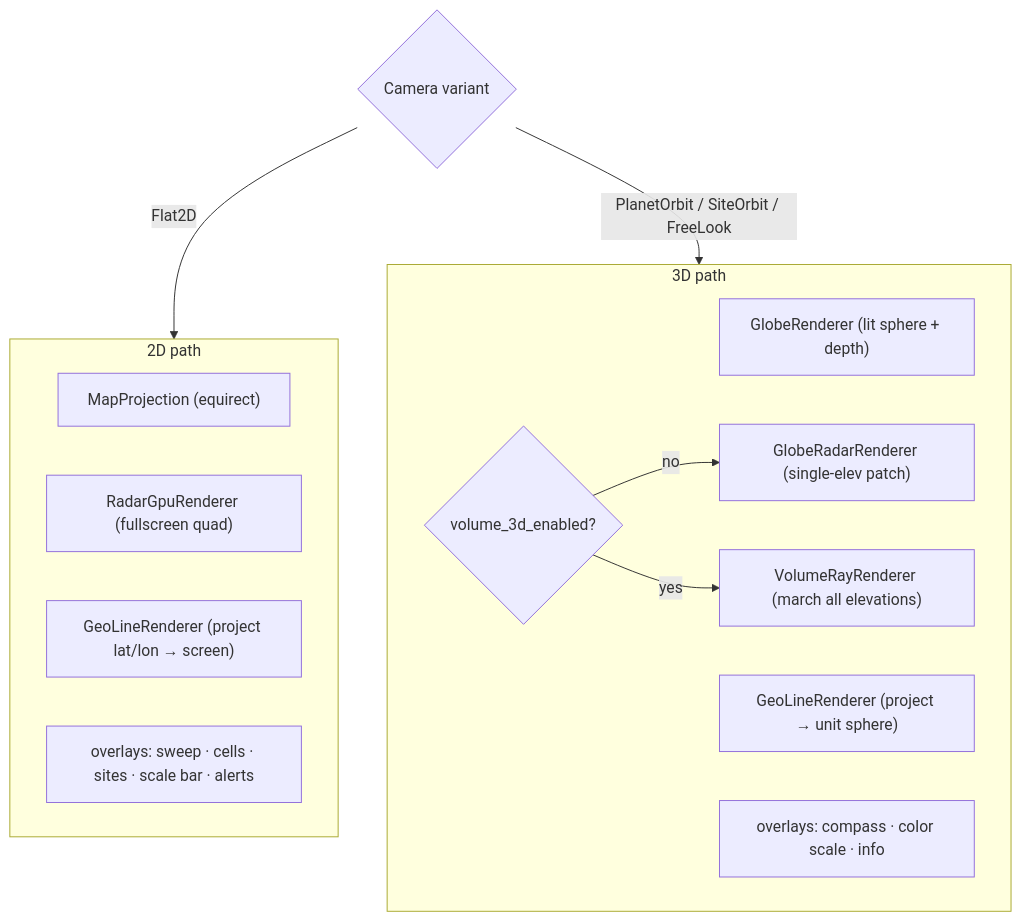
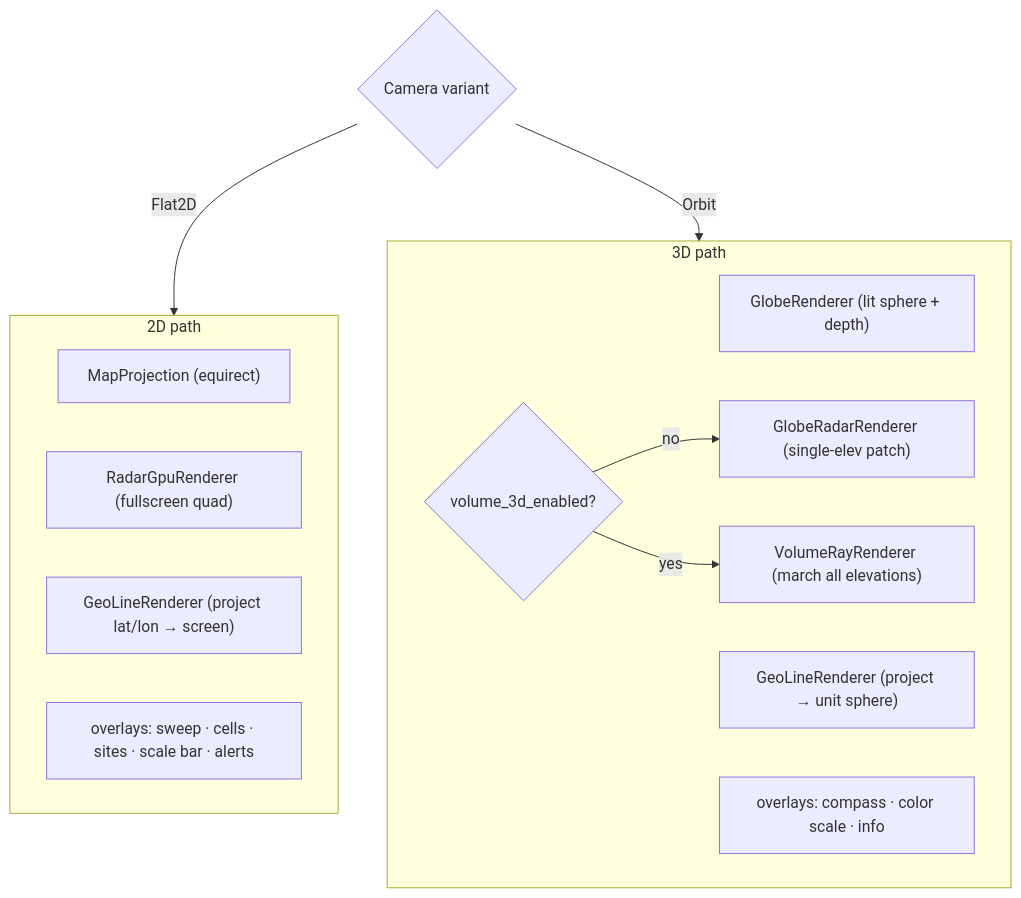
Diagram 19 of 22 in docs/ARCHITECTURE_DIAGRAMS.md (danielway/nexrad-workbench), drawn with Mermaid before and after one commit. The commit also changed other lines of this file and 2 other files, not shown here.

````diff
--- a/docs/ARCHITECTURE_DIAGRAMS.md
+++ b/docs/ARCHITECTURE_DIAGRAMS.md
@@ -753,22 +749,22 @@
 ```mermaid
 flowchart TB
     cam{"Camera variant"}
 
     subgraph two["2D path"]
         mp["MapProjection (equirect)"]
         rg["RadarGpuRenderer (fullscreen quad)"]
         gl2["GeoLineRenderer (project lat/lon → screen)"]
         ov2["overlays: sweep · cells · sites · scale bar · alerts"]
     end
     subgraph three["3D path"]
         gr["GlobeRenderer (lit sphere + depth)"]
         gl3["GeoLineRenderer (project → unit sphere)"]
         vol{"volume_3d_enabled?"}
         vol -->|no| gradr["GlobeRadarRenderer (single-elev patch)"]
         vol -->|yes| vray["VolumeRayRenderer (march all elevations)"]
         ov3["overlays: compass · color scale · info"]
     end
 
     cam -->|Flat2D| two
-    cam -->|"PlanetOrbit / SiteOrbit / FreeLook"| three
+    cam -->|Orbit| three
 ```
````
